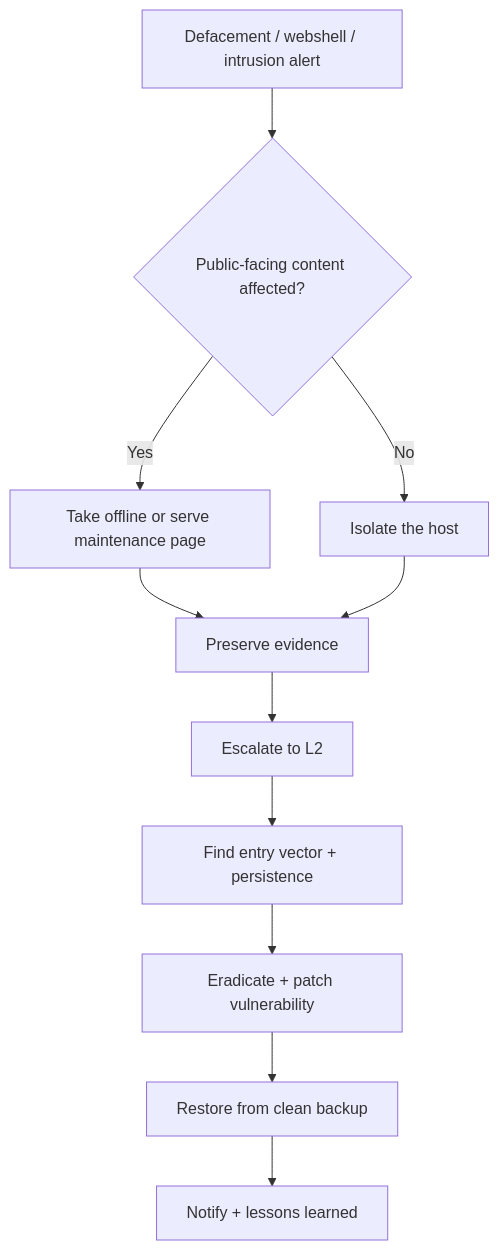
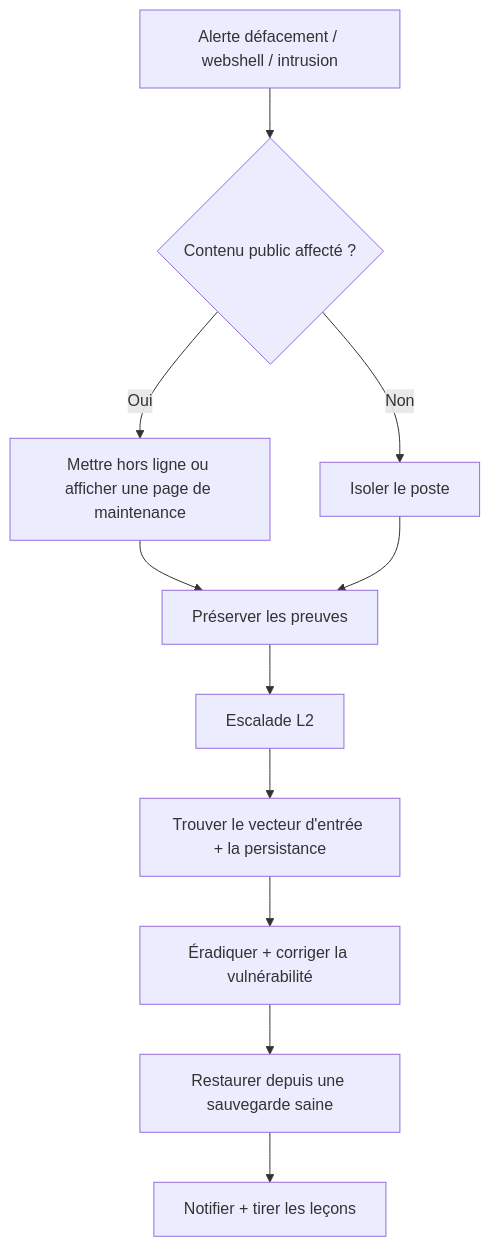
Before and after one commit to MiracleDvm/ir-firstline: the diagram in docs/fr/runbooks/web-compromise.md, drawn with Mermaid. The commit also changed 11 other files, not shown here.

Commit message:
Translate Mermaid decision tree labels into French on all FR runbooks

````diff
--- a/docs/fr/runbooks/web-compromise.md
+++ b/docs/fr/runbooks/web-compromise.md
@@ -28,13 +28,13 @@
 ```mermaid
 flowchart TD
-    A[Defacement / webshell / intrusion alert] --> B{Public-facing content affected?}
-    B -->|Yes| C[Take offline or serve maintenance page]
-    B -->|No| D[Isolate the host]
-    C --> E[Preserve evidence]
+    A[Alerte défacement / webshell / intrusion] --> B{Contenu public affecté ?}
+    B -->|Oui| C[Mettre hors ligne ou afficher une page de maintenance]
+    B -->|Non| D[Isoler le poste]
+    C --> E[Préserver les preuves]
     D --> E
-    E --> F[Escalate to L2]
-    F --> G[Find entry vector + persistence]
-    G --> H[Eradicate + patch vulnerability]
-    H --> I[Restore from clean backup]
-    I --> J[Notify + lessons learned]
+    E --> F[Escalade L2]
+    F --> G[Trouver le vecteur d'entrée + la persistance]
+    G --> H[Éradiquer + corriger la vulnérabilité]
+    H --> I[Restaurer depuis une sauvegarde saine]
+    I --> J[Notifier + tirer les leçons]
 ```
````
